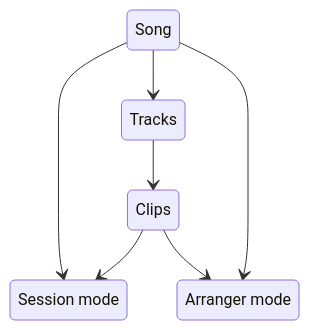
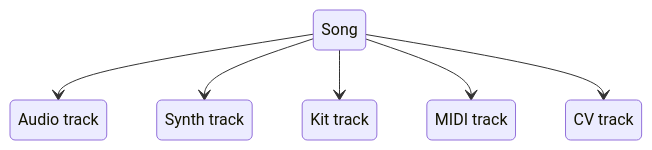
One commit to SynthstromAudible/DelugeFirmware changed the second of 16 diagrams in website/src/content/docs/manual/introduction/concepts.mdx. Above: the diagram before and after it, drawn with Mermaid. The commit also changed other lines of this file and 1 other file, not shown here.

````diff
--- a/website/src/content/docs/manual/introduction/concepts.mdx
+++ b/website/src/content/docs/manual/introduction/concepts.mdx
@@ -74,12 +54,14 @@
 ```mermaid
 stateDiagram-v2
-  Song --> SessionMode
-  Song --> Tracks
-  Tracks --> Clips
-  Song --> ArrangerMode
-  Clips --> SessionMode
-  Clips --> ArrangerMode
+  Song --> AudioTrack
+  Song --> SynthTrack
+  Song --> KitTrack
+  Song --> MIDITrack
+  Song --> CVTrack
 
-  SessionMode: Session mode
-  ArrangerMode: Arranger mode
+  AudioTrack: Audio track
+  SynthTrack: Synth track
+  KitTrack: Kit track
+  MIDITrack: MIDI track
+  CVTrack: CV track
 ```
````
